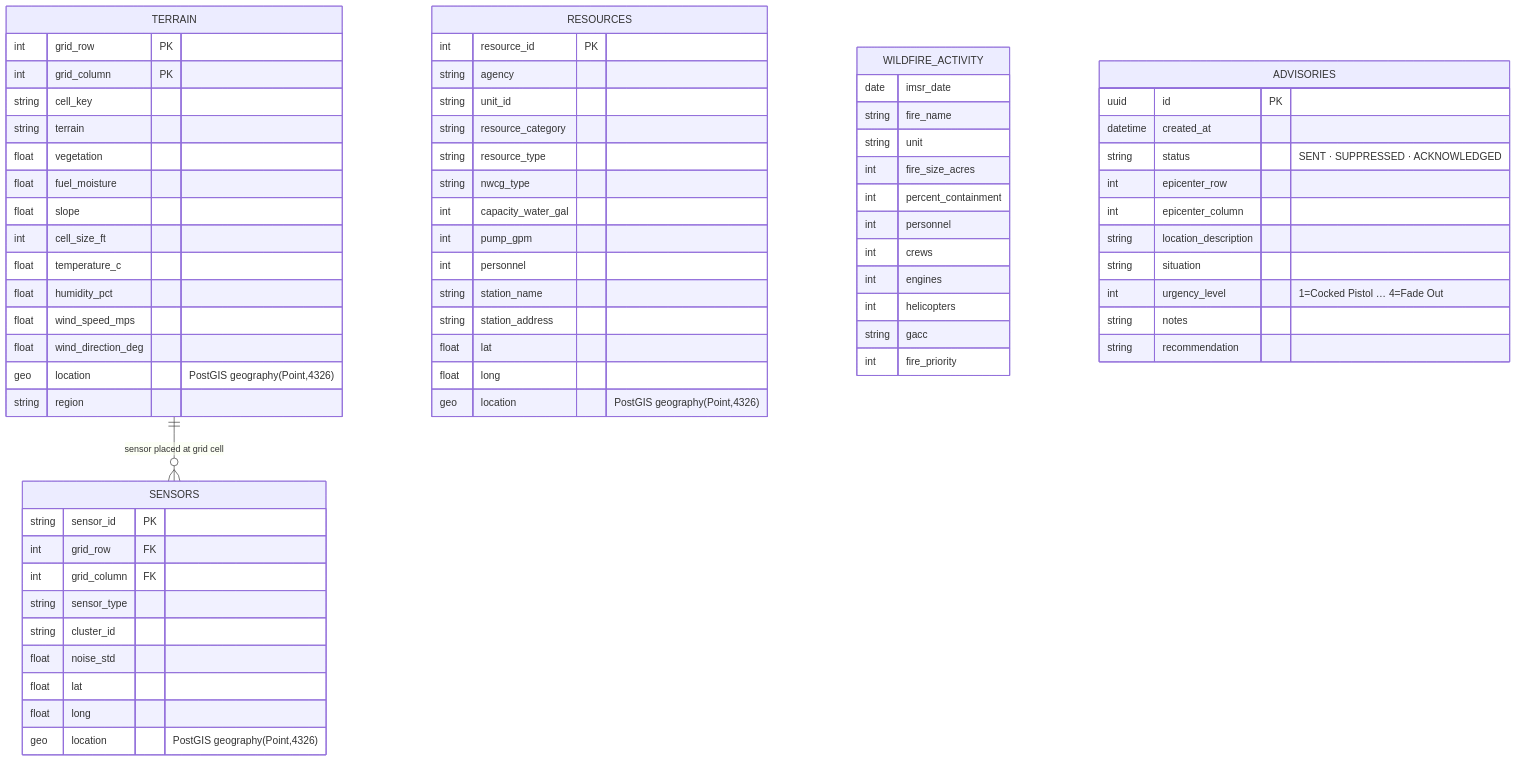
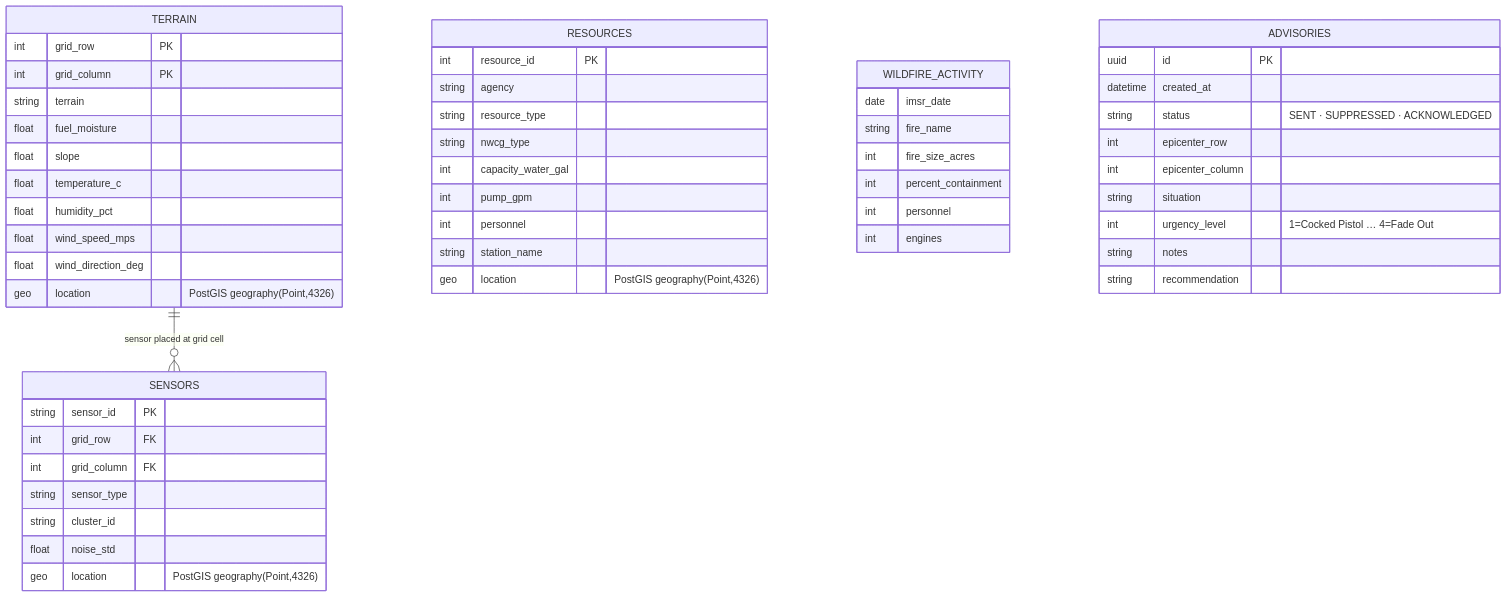
One commit to chrislomeli/agentic-simulator-tutorial changed the second of 2 diagrams in README.md. Above: the diagram before and after it, drawn with Mermaid. The commit also changed other lines of this file and 32 other files, not shown here.

````diff
--- a/README.md
+++ b/README.md
@@ -79,72 +113,55 @@
 ```mermaid
 erDiagram
     TERRAIN {
         int     grid_row          PK
         int     grid_column       PK
-        string  cell_key
         string  terrain
-        float   vegetation
         float   fuel_moisture
         float   slope
-        int     cell_size_ft
         float   temperature_c
         float   humidity_pct
         float   wind_speed_mps
         float   wind_direction_deg
         geo     location          "PostGIS geography(Point,4326)"
-        string  region
     }
     SENSORS {
         string  sensor_id         PK
         int     grid_row          FK
         int     grid_column       FK
         string  sensor_type
         string  cluster_id
         float   noise_std
-        float   lat
-        float   long
         geo     location          "PostGIS geography(Point,4326)"
     }
     RESOURCES {
         int     resource_id       PK
         string  agency
-        string  unit_id
-        string  resource_category
         string  resource_type
         string  nwcg_type
         int     capacity_water_gal
         int     pump_gpm
         int     personnel
         string  station_name
-        string  station_address
-        float   lat
-        float   long
         geo     location          "PostGIS geography(Point,4326)"
     }
     WILDFIRE_ACTIVITY {
         date    imsr_date
         string  fire_name
-        string  unit
         int     fire_size_acres
         int     percent_containment
         int     personnel
-        int     crews
         int     engines
-        int     helicopters
-        string  gacc
-        int     fire_priority
     }
     ADVISORIES {
         uuid     id               PK
         datetime created_at
         string   status           "SENT · SUPPRESSED · ACKNOWLEDGED"
         int      epicenter_row
         int      epicenter_column
-        string   location_description
         string   situation
         int      urgency_level    "1=Cocked Pistol … 4=Fade Out"
         string   notes
         string   recommendation
     }
     TERRAIN ||--o{ SENSORS : "sensor placed at grid cell"
 ```
````
